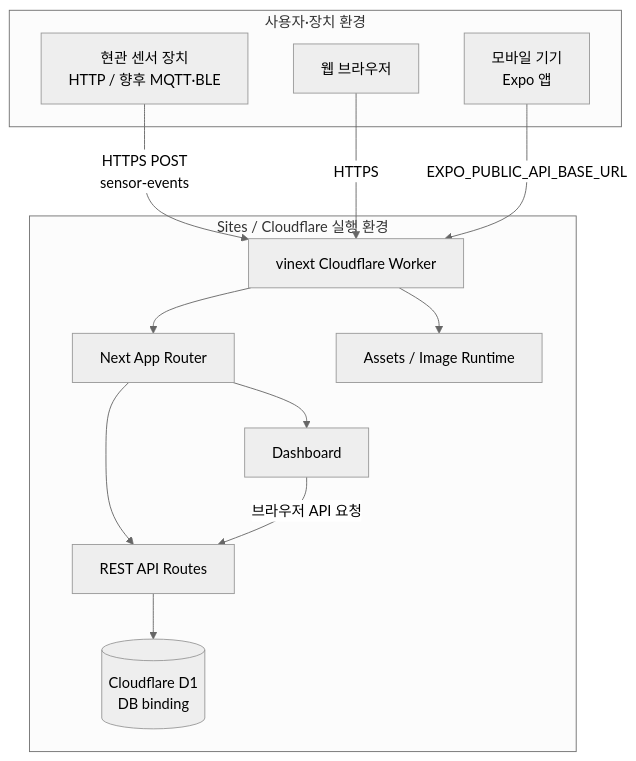
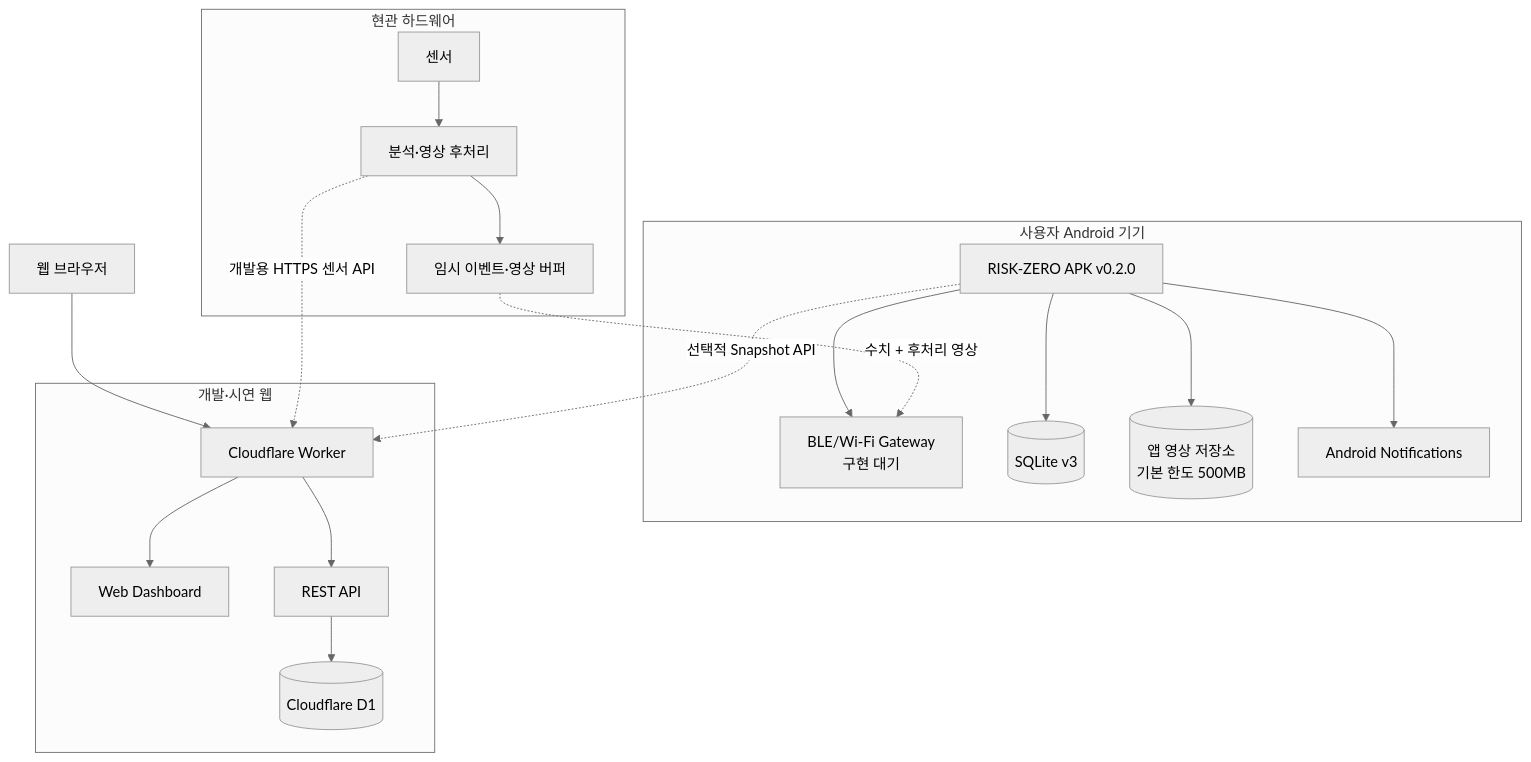
The diagram in docs/Diagram/07-deployment-diagram.md (Uree1229/Risk-ZERO), drawn with Mermaid (neutral theme) before and after one commit. The commit also changed other lines of this file and 35 other files, not shown here.

````diff
--- a/docs/Diagram/07-deployment-diagram.md
+++ b/docs/Diagram/07-deployment-diagram.md
@@ -9,29 +9,38 @@
 ```mermaid
 flowchart TB
-    subgraph Devices["사용자·장치 환경"]
-        SensorDevice["현관 센서 장치<br/>HTTP / 향후 MQTT·BLE"]
-        Browser["웹 브라우저"]
-        Phone["모바일 기기<br/>Expo 앱"]
+    subgraph Entrance["현관 하드웨어"]
+        Sensors["센서"]
+        Processor["분석·영상 후처리"]
+        Buffer["임시 이벤트·영상 버퍼"]
+        Sensors --> Processor
+        Processor --> Buffer
     end
 
-    subgraph Hosting["Sites / Cloudflare 실행 환경"]
-        Worker["vinext Cloudflare Worker"]
-        Router["Next App Router"]
-        WebUI["Dashboard"]
-        APIs["REST API Routes"]
-        ImageRuntime["Assets / Image Runtime"]
-        D1[("Cloudflare D1<br/>DB binding")]
+    subgraph Phone["사용자 Android 기기"]
+        APK["RISK-ZERO APK v0.2.0"]
+        Gateway["BLE/Wi-Fi Gateway<br/>구현 대기"]
+        SQLite[("SQLite v3")]
+        Files[("앱 영상 저장소<br/>기본 한도 500MB")]
+        OS["Android Notifications"]
+
+        APK --> Gateway
+        APK --> SQLite
+        APK --> Files
+        APK --> OS
     end
 
-    SensorDevice -->|"HTTPS POST<br/>sensor-events"| Worker
-    Browser -->|"HTTPS"| Worker
-    Phone -->|"EXPO_PUBLIC_API_BASE_URL"| Worker
+    subgraph Cloud["개발·시연 웹"]
+        Worker["Cloudflare Worker"]
+        WebUI["Web Dashboard"]
+        APIs["REST API"]
+        D1[("Cloudflare D1")]
+        Worker --> WebUI
+        Worker --> APIs
+        APIs --> D1
+    end
 
-    Worker --> Router
-    Worker --> ImageRuntime
-    Router --> WebUI
-    Router --> APIs
-    APIs --> D1
-
-    WebUI -->|"브라우저 API 요청"| APIs
+    Buffer -. "수치 + 후처리 영상" .-> Gateway
+    APK -. "선택적 Snapshot API" .-> Worker
+    Browser["웹 브라우저"] --> Worker
+    Processor -. "개발용 HTTPS 센서 API" .-> Worker
 ```
````
